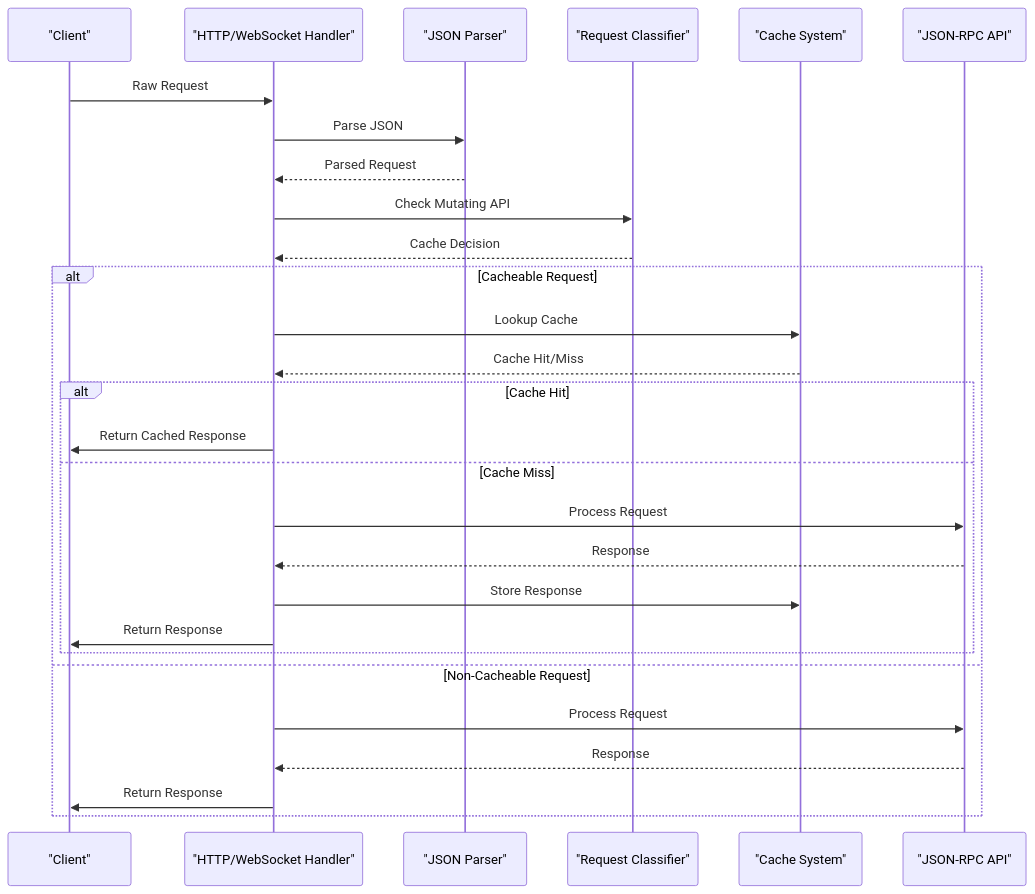
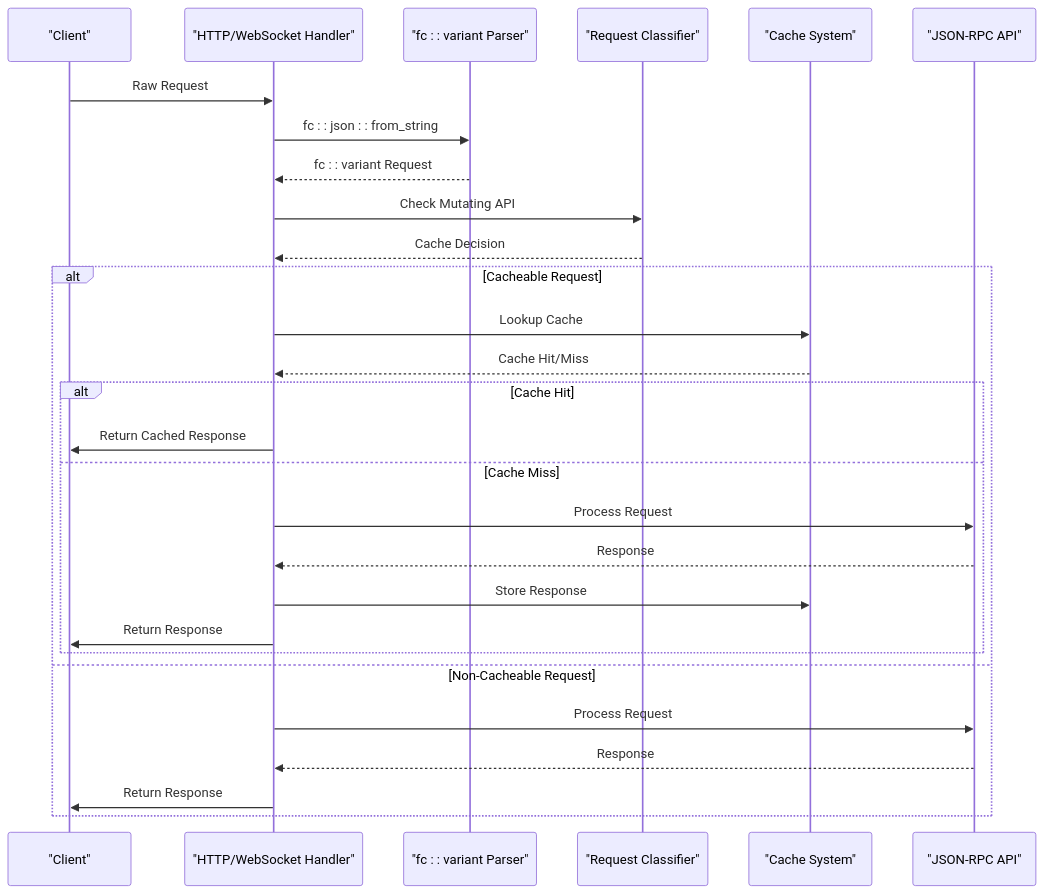
Before and after one commit to VIZ-Blockchain/viz-cpp-node: the seventh of 12 diagrams in .qoder/repowiki/en/content/Webserver Plugin.md, drawn with Mermaid. The commit also changed other lines of this file and 1 other file, not shown here.

First line of the commit message:
perf(webserver): improve JSON-RPC caching with fc::variant-based parsing

````diff
--- a/.qoder/repowiki/en/content/Webserver Plugin.md
+++ b/.qoder/repowiki/en/content/Webserver Plugin.md
@@ -254,30 +288,30 @@
 ```mermaid
 sequenceDiagram
 participant Client as "Client"
 participant Handler as "HTTP/WebSocket Handler"
-participant Parser as "JSON Parser"
+participant Parser as "fc : : variant Parser"
 participant Classifier as "Request Classifier"
 participant Cache as "Cache System"
 participant API as "JSON-RPC API"
 Client->>Handler : Raw Request
-Handler->>Parser : Parse JSON
-Parser-->>Handler : Parsed Request
+Handler->>Parser : fc : : json : : from_string
+Parser-->>Handler : fc : : variant Request
 Handler->>Classifier : Check Mutating API
 Classifier-->>Handler : Cache Decision
 alt Cacheable Request
 Handler->>Cache : Lookup Cache
 Cache-->>Handler : Cache Hit/Miss
 alt Cache Hit
 Handler->>Client : Return Cached Response
 else Cache Miss
 Handler->>API : Process Request
 API-->>Handler : Response
 Handler->>Cache : Store Response
 Handler->>Client : Return Response
 end
 else Non-Cacheable Request
 Handler->>API : Process Request
 API-->>Handler : Response
 Handler->>Client : Return Response
 end
 ```
````
